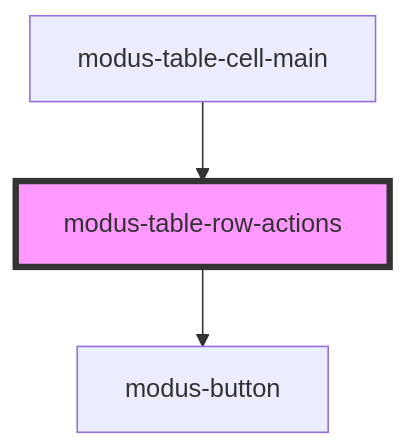
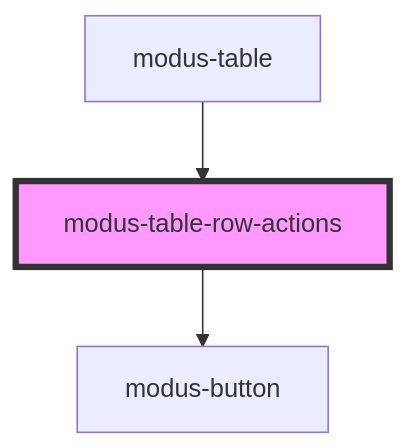
Before and after one commit to trimble-oss/modus-web-components: the diagram in stencil-workspace/src/components/modus-table/parts/row/actions/modus-table-row-actions/readme.md, drawn with Mermaid. The commit also changed other lines of this file and 15 other files, not shown here.

````diff
--- a/stencil-workspace/src/components/modus-table/parts/row/actions/modus-table-row-actions/readme.md
+++ b/stencil-workspace/src/components/modus-table/parts/row/actions/modus-table-row-actions/readme.md
@@ -34,6 +34,6 @@
 ```mermaid
 graph TD;
   modus-table-row-actions --> modus-button
-  modus-table-cell-main --> modus-table-row-actions
+  modus-table --> modus-table-row-actions
   style modus-table-row-actions fill:#f9f,stroke:#333,stroke-width:4px
 ```
````
